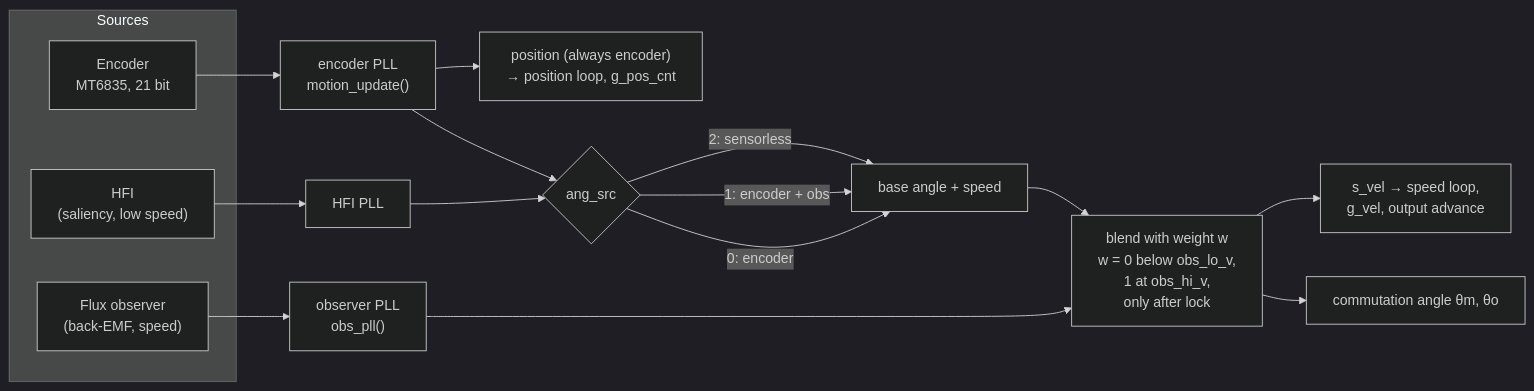
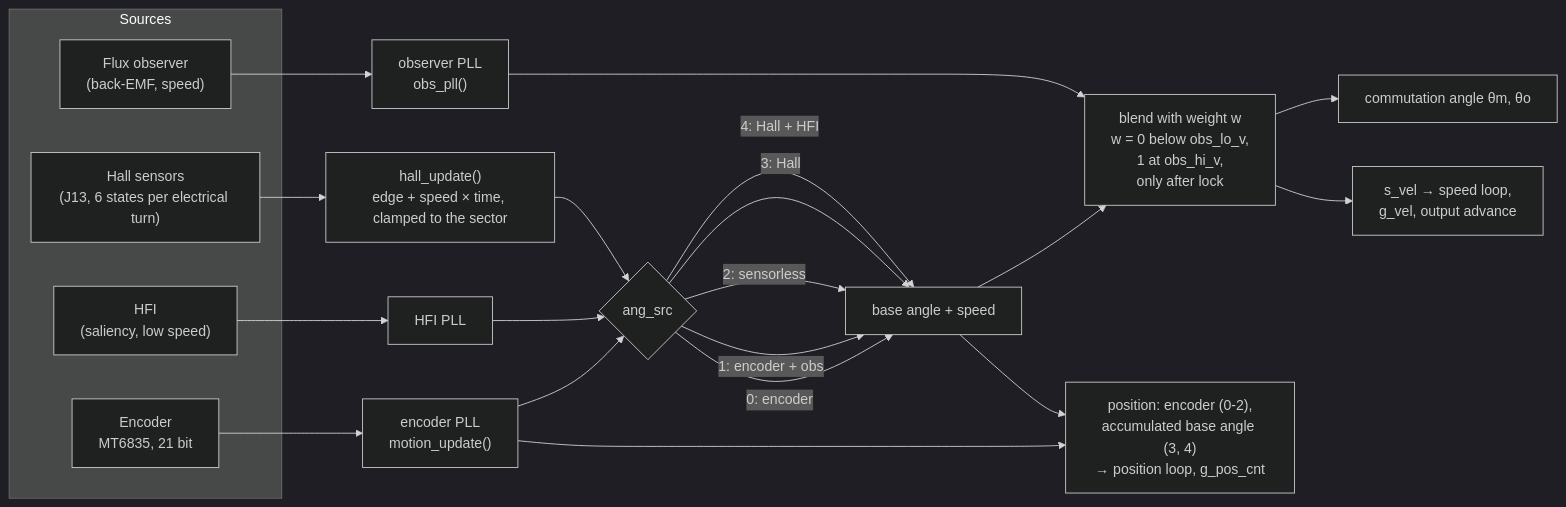
One commit to alanhpereira/fluxdrive-g4 changed the eighth of 15 diagrams in docs/software-structure.md. Above: the diagram before and after it, drawn with Mermaid (dark theme). The commit also changed other lines of this file and 4 other files, not shown here.

Commit message:
Docs: Hall angle sources, CAL_HALL / CAL_UVW, CCM budget

````diff
--- a/docs/software-structure.md
+++ b/docs/software-structure.md
@@ -291,24 +297,30 @@
 ```mermaid
 flowchart LR
     subgraph SRCS["Sources"]
         E["Encoder<br/>MT6835, 21 bit"]
         H["HFI<br/>(saliency, low speed)"]
+        L["Hall sensors<br/>(J13, 6 states per electrical turn)"]
         O["Flux observer<br/>(back-EMF, speed)"]
     end
 
     E --> EP["encoder PLL<br/>motion_update()"]
     H --> HP["HFI PLL"]
     O --> OP["observer PLL<br/>obs_pll()"]
+    L --> LI["hall_update()<br/>edge + speed × time, clamped to the sector"]
 
     EP --> SEL{"ang_src"}
     HP --> SEL
     SEL -- "0: encoder" --> BASE["base angle + speed"]
     SEL -- "1: encoder + obs" --> BASE
     SEL -- "2: sensorless" --> BASE
+    LI --> SEL
+    SEL -- "3: Hall" --> BASE
+    SEL -- "4: Hall + HFI" --> BASE
 
     BASE --> BL["blend with weight w<br/>w = 0 below obs_lo_v,<br/>1 at obs_hi_v,<br/>only after lock"]
     OP --> BL
     BL --> TH["commutation angle θm, θo"]
     BL --> SV["s_vel → speed loop,<br/>g_vel, output advance"]
-    EP --> POS["position (always encoder)<br/>→ position loop, g_pos_cnt"]
+    EP --> POS["position: encoder (0-2),<br/>accumulated base angle (3, 4)<br/>→ position loop, g_pos_cnt"]
+    BASE --> POS
 ```
````
